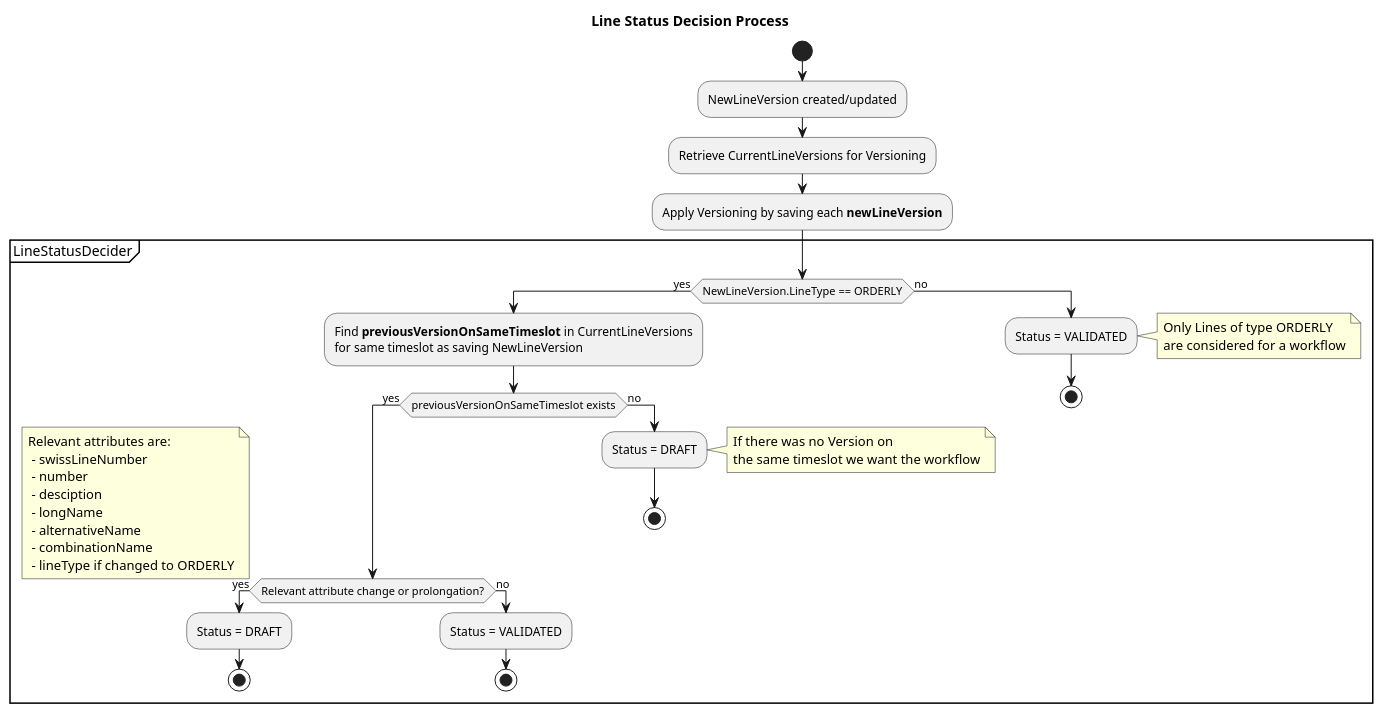
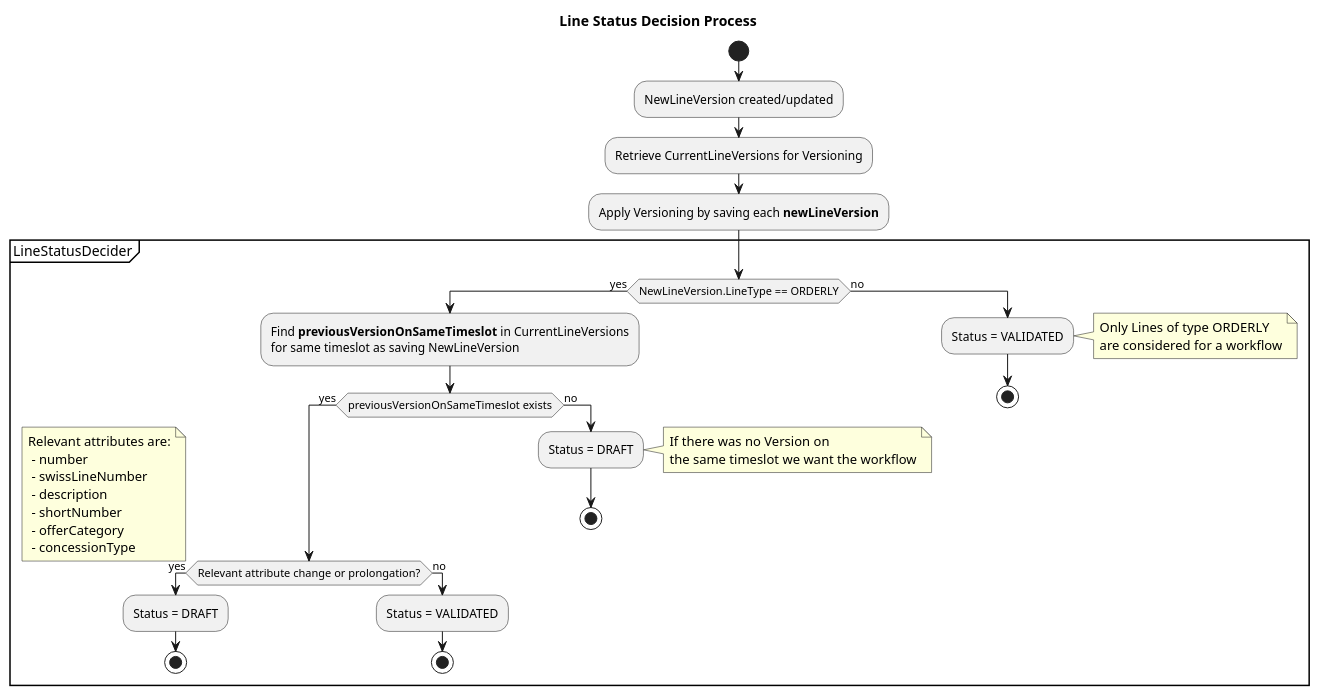
One commit to SchweizerischeBundesbahnen/atlas changed the diagram in line-directory/documentation/LineStatusDecision.puml. Above: the diagram before and after it, drawn with PlantUML. The commit also changed 2 other files, not shown here.

Commit message:
ATLAS-2512: Update LineStatusDecider for LidiV2

```diff
--- a/line-directory/documentation/LineStatusDecision.puml
+++ b/line-directory/documentation/LineStatusDecision.puml
@@ -1,55 +1,54 @@
 @startuml
 
 title Line Status Decision Process
 
 start
 
 :NewLineVersion created/updated;
 
 :Retrieve CurrentLineVersions for Versioning;
 
 :Apply Versioning by saving each **newLineVersion**;
 
 partition "LineStatusDecider"{
     if (NewLineVersion.LineType == ORDERLY) then (yes)
       :Find **previousVersionOnSameTimeslot** in CurrentLineVersions
       for same timeslot as saving NewLineVersion;
 
       if (previousVersionOnSameTimeslot exists) then (yes)
         if (Relevant attribute change or prolongation?) then (yes)
         floating note
               Relevant attributes are:
+               - number
                - swissLineNumber
-               - number
-               - desciption
-               - longName
-               - alternativeName
-               - combinationName
-               - lineType if changed to ORDERLY
+               - description
+               - shortNumber
+               - offerCategory
+               - concessionType
         endnote
         :Status = DRAFT;
         stop
         else(no)
         :Status = VALIDATED;
         stop
         endif
       else (no)
         :Status = DRAFT;
         note right
             If there was no Version on
             the same timeslot we want the workflow
         endnote
         stop
       endif
 
     else (no)
       :Status = VALIDATED;
       note right
         Only Lines of type ORDERLY
         are considered for a workflow
       endnote
       stop
     endif
 }
 
 @enduml
```
